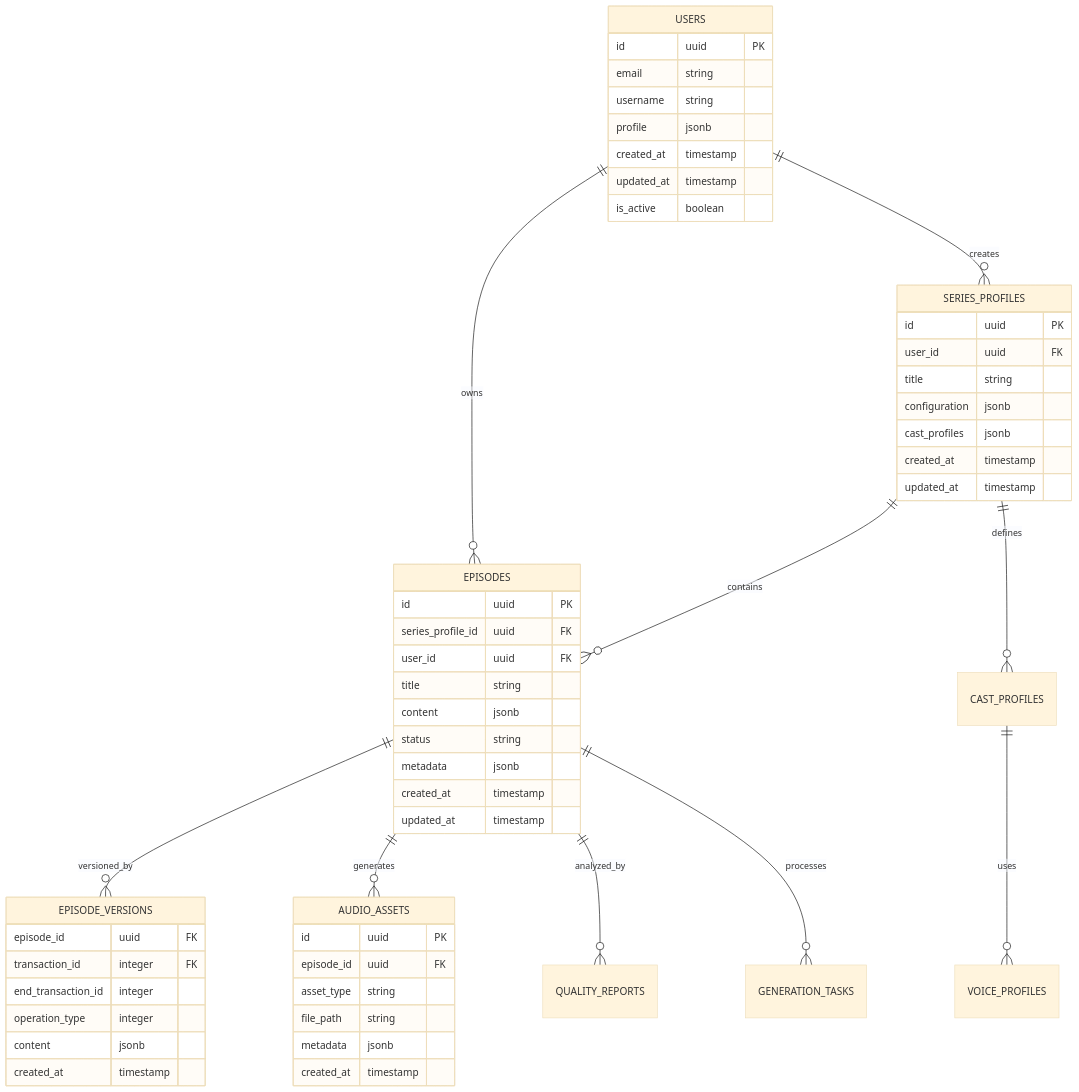
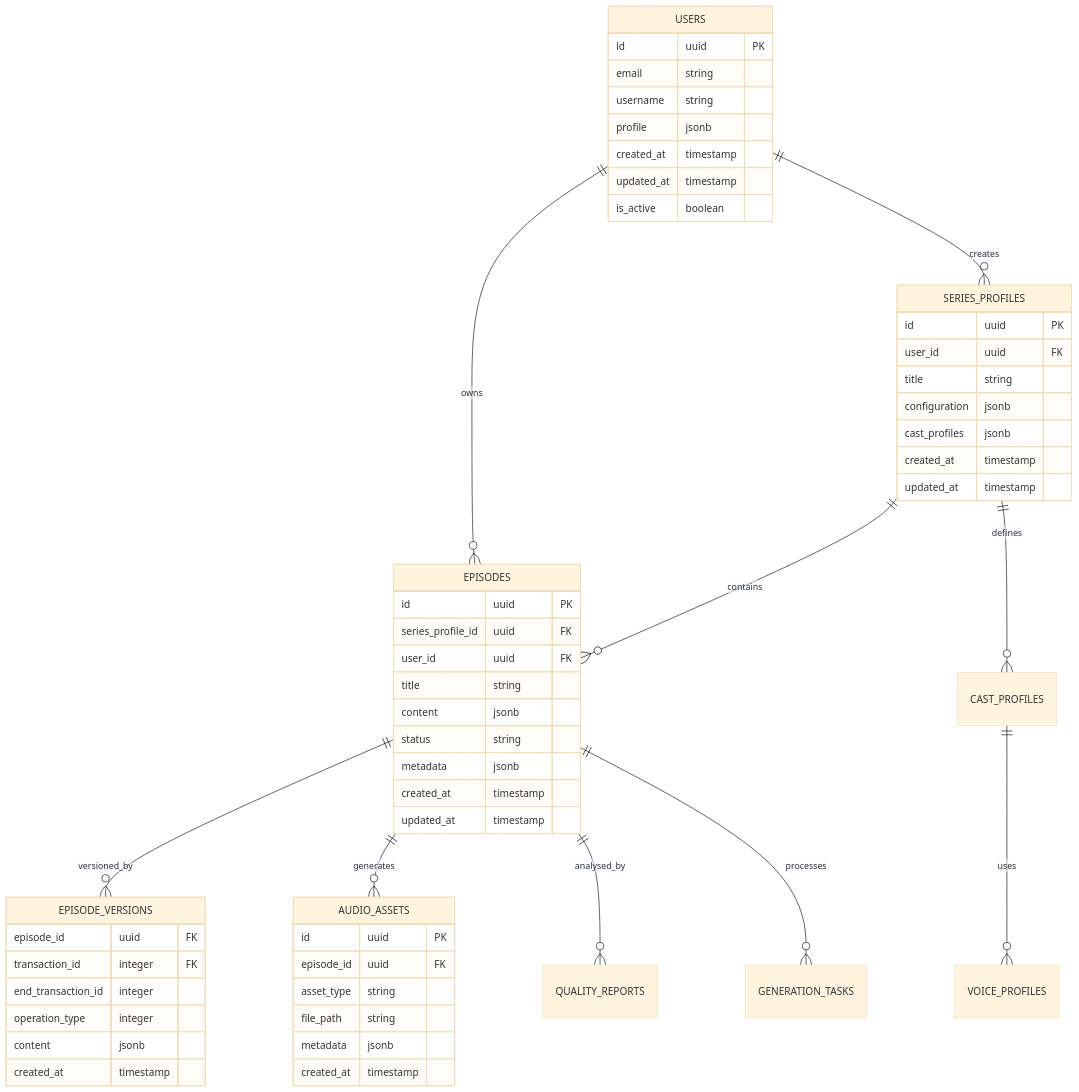
One commit to leynos/episodic changed the seventh of 9 diagrams in docs/episodic-podcast-generation-system-design.md. Above: the diagram before and after it, drawn with Mermaid (base theme). The commit also changed other lines of this file and 9 other files, not shown here.

````diff
--- a/docs/episodic-podcast-generation-system-design.md
+++ b/docs/episodic-podcast-generation-system-design.md
@@ -629,65 +752,65 @@
 ```mermaid
 erDiagram
     USERS {
         id uuid PK
         email string
         username string
         profile jsonb
         created_at timestamp
         updated_at timestamp
         is_active boolean
     }
     SERIES_PROFILES {
         id uuid PK
         user_id uuid FK
         title string
         configuration jsonb
         cast_profiles jsonb
         created_at timestamp
         updated_at timestamp
     }
     EPISODES {
         id uuid PK
         series_profile_id uuid FK
         user_id uuid FK
         title string
         content jsonb
         status string
         metadata jsonb
         created_at timestamp
         updated_at timestamp
     }
     EPISODE_VERSIONS {
         episode_id uuid FK
         transaction_id integer FK
         end_transaction_id integer
         operation_type integer
         content jsonb
         created_at timestamp
     }
     AUDIO_ASSETS {
         id uuid PK
         episode_id uuid FK
         asset_type string
         file_path string
         metadata jsonb
         created_at timestamp
     }
     QUALITY_REPORTS {
     }
     CAST_PROFILES {
     }
     VOICE_PROFILES {
     }
     GENERATION_TASKS {
     }
     USERS ||--o{ SERIES_PROFILES : creates
     USERS ||--o{ EPISODES : owns
     SERIES_PROFILES ||--o{ EPISODES : contains
     EPISODES ||--o{ EPISODE_VERSIONS : versioned_by
     EPISODES ||--o{ AUDIO_ASSETS : generates
-    EPISODES ||--o{ QUALITY_REPORTS : analyzed_by
+    EPISODES ||--o{ QUALITY_REPORTS : analysed_by
     SERIES_PROFILES ||--o{ CAST_PROFILES : defines
     CAST_PROFILES ||--o{ VOICE_PROFILES : uses
     EPISODES ||--o{ GENERATION_TASKS : processes
 ```
````
